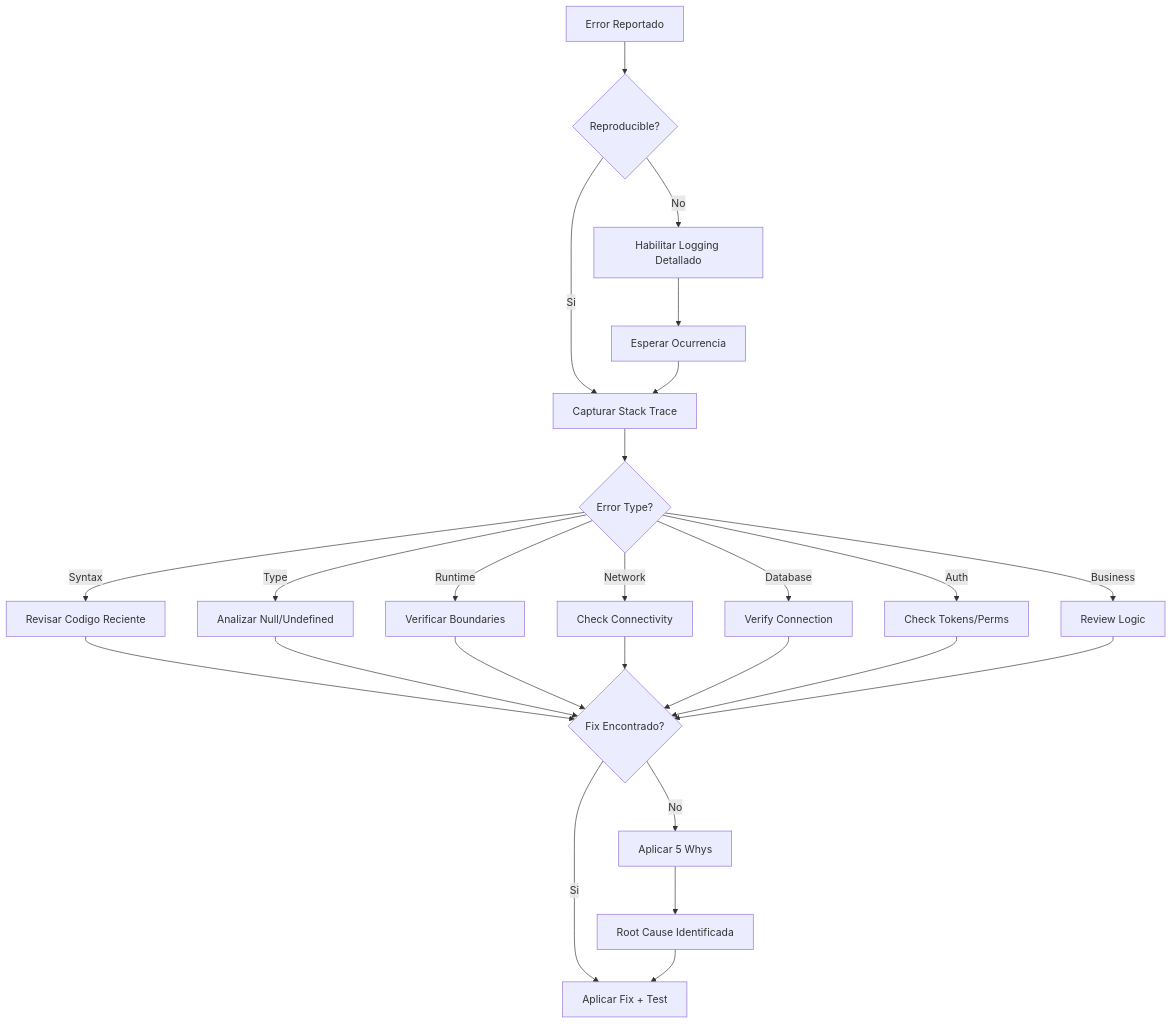
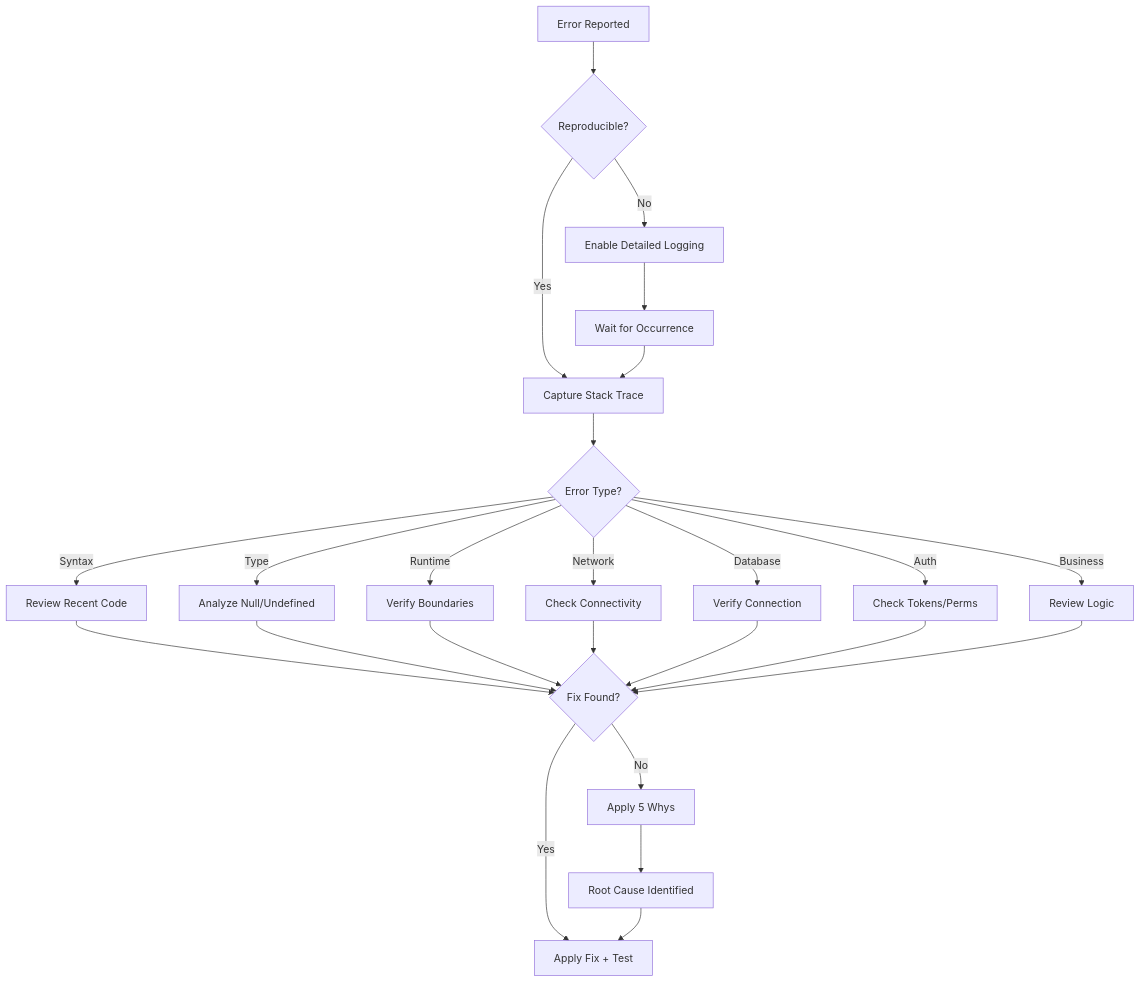
One commit to MaciWP/claude-code-poneglyph changed the diagram in .claude/skills/diagnostic-patterns/SKILL.md. Above: the diagram before and after it, drawn with Mermaid. The commit also changed other lines of this file and 225 other files, not shown here.

````diff
--- a/.claude/skills/diagnostic-patterns/SKILL.md
+++ b/.claude/skills/diagnostic-patterns/SKILL.md
@@ -39,30 +57,30 @@
 ```mermaid
 flowchart TD
-    A[Error Reportado] --> B{Reproducible?}
-    B -->|Si| C[Capturar Stack Trace]
-    B -->|No| D[Habilitar Logging Detallado]
+    A[Error Reported] --> B{Reproducible?}
+    B -->|Yes| C[Capture Stack Trace]
+    B -->|No| D[Enable Detailed Logging]
     C --> E{Error Type?}
-    D --> F[Esperar Ocurrencia]
+    D --> F[Wait for Occurrence]
     F --> C
 
-    E -->|Syntax| G[Revisar Codigo Reciente]
-    E -->|Type| H[Analizar Null/Undefined]
-    E -->|Runtime| I[Verificar Boundaries]
+    E -->|Syntax| G[Review Recent Code]
+    E -->|Type| H[Analyze Null/Undefined]
+    E -->|Runtime| I[Verify Boundaries]
     E -->|Network| J[Check Connectivity]
     E -->|Database| K[Verify Connection]
     E -->|Auth| L[Check Tokens/Perms]
     E -->|Business| M[Review Logic]
 
-    G --> N{Fix Encontrado?}
+    G --> N{Fix Found?}
     H --> N
     I --> N
     J --> N
     K --> N
     L --> N
     M --> N
 
-    N -->|Si| O[Aplicar Fix + Test]
-    N -->|No| P[Aplicar 5 Whys]
-    P --> Q[Root Cause Identificada]
+    N -->|Yes| O[Apply Fix + Test]
+    N -->|No| P[Apply 5 Whys]
+    P --> Q[Root Cause Identified]
     Q --> O
 ```
````
